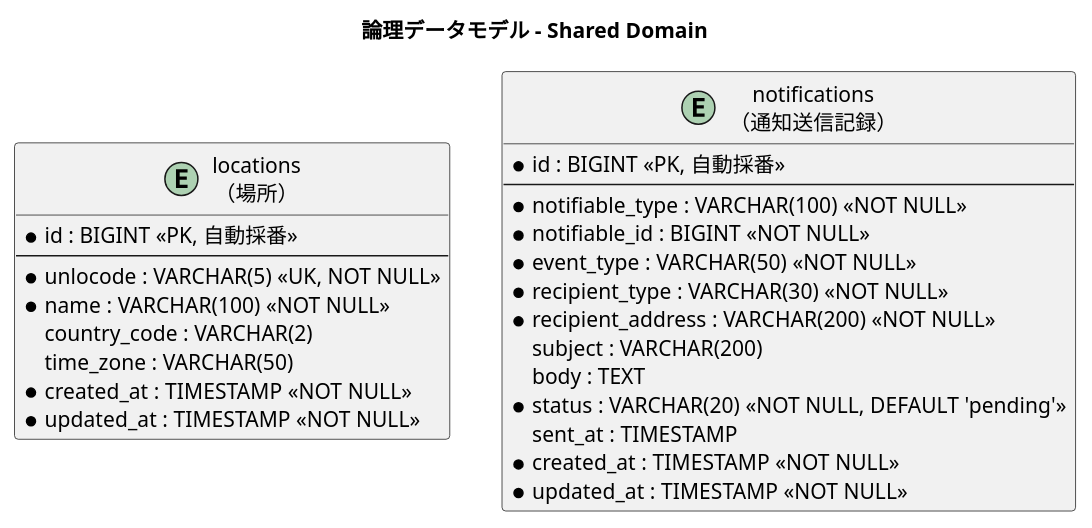
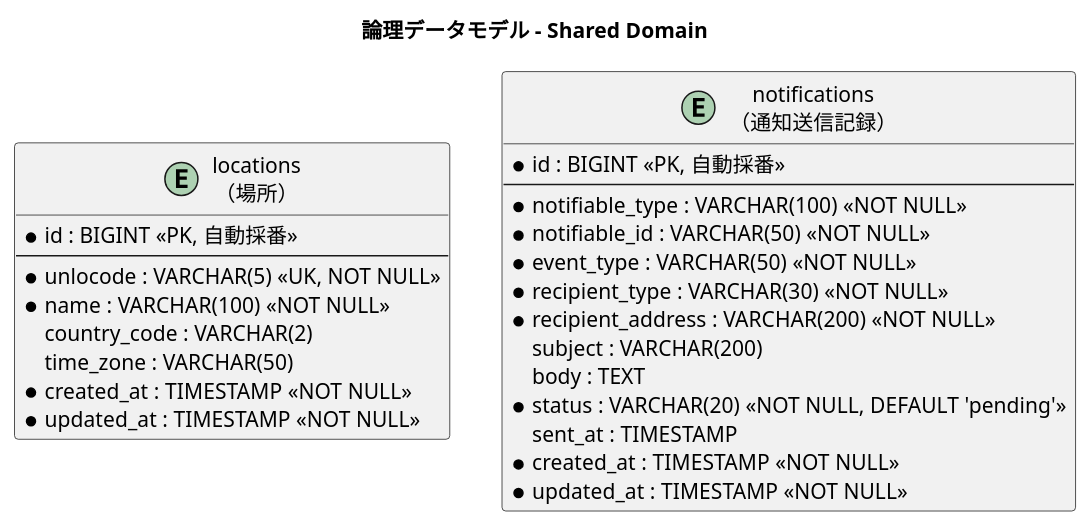
Before and after one commit to k2works/case-study-cargo-tracker: the second of 10 diagrams in docs/design/data-model.md, drawn with PlantUML. The commit also changed other lines of this file and 3 other files, not shown here.

````diff
--- a/docs/design/data-model.md
+++ b/docs/design/data-model.md
@@ -300,33 +300,33 @@
 ```plantuml
 @startuml
 title 論理データモデル - Shared Domain
 
 entity "locations\n（場所）" as locations {
   * id : BIGINT <<PK, 自動採番>>
   --
   * unlocode : VARCHAR(5) <<UK, NOT NULL>>
   * name : VARCHAR(100) <<NOT NULL>>
   country_code : VARCHAR(2)
   time_zone : VARCHAR(50)
   * created_at : TIMESTAMP <<NOT NULL>>
   * updated_at : TIMESTAMP <<NOT NULL>>
 }
 
 entity "notifications\n（通知送信記録）" as notifications {
   * id : BIGINT <<PK, 自動採番>>
   --
   * notifiable_type : VARCHAR(100) <<NOT NULL>>
-  * notifiable_id : BIGINT <<NOT NULL>>
+  * notifiable_id : VARCHAR(50) <<NOT NULL>>
   * event_type : VARCHAR(50) <<NOT NULL>>
   * recipient_type : VARCHAR(30) <<NOT NULL>>
   * recipient_address : VARCHAR(200) <<NOT NULL>>
   subject : VARCHAR(200)
   body : TEXT
   * status : VARCHAR(20) <<NOT NULL, DEFAULT 'pending'>>
   sent_at : TIMESTAMP
   * created_at : TIMESTAMP <<NOT NULL>>
   * updated_at : TIMESTAMP <<NOT NULL>>
 }
 
 @enduml
 ```
````
